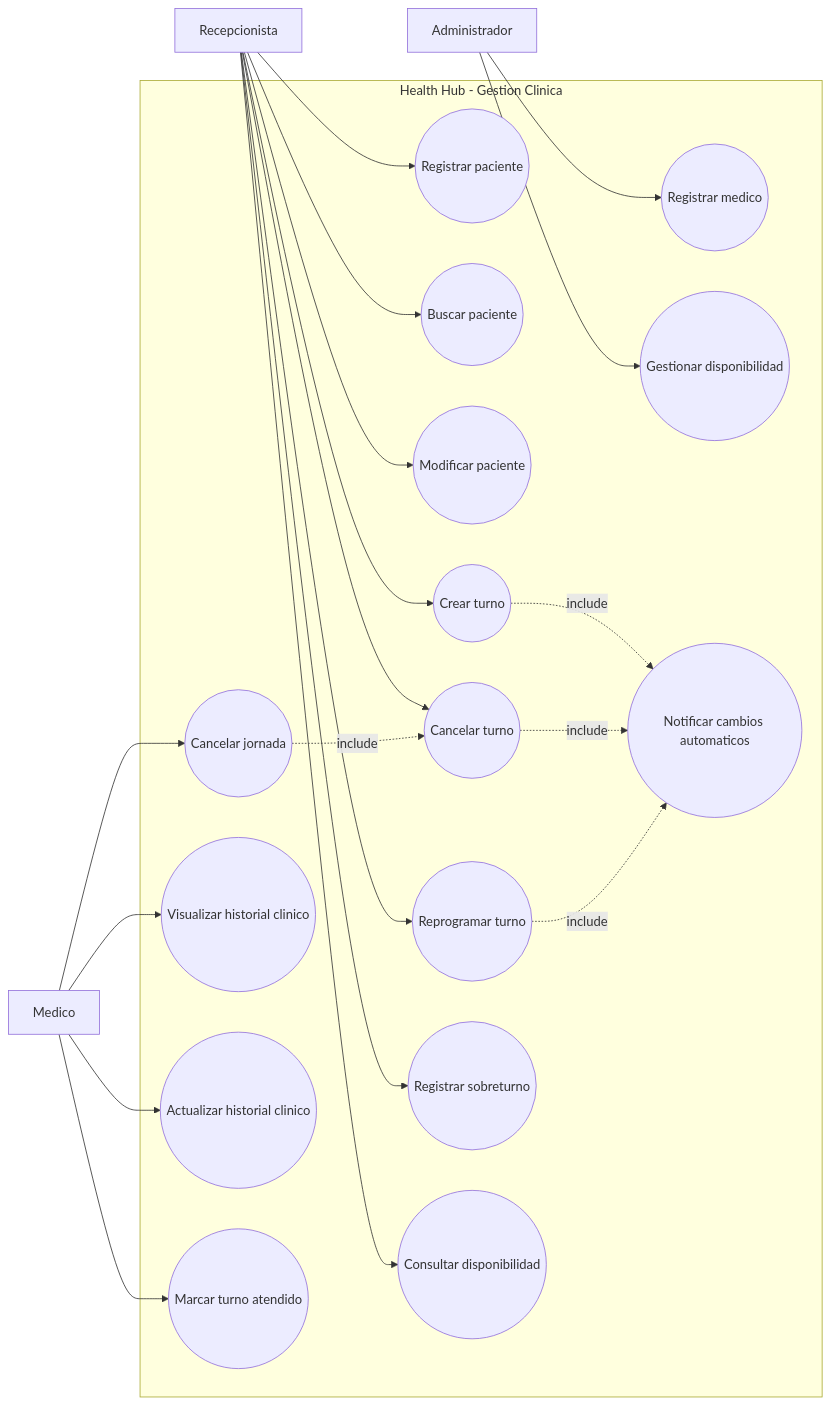
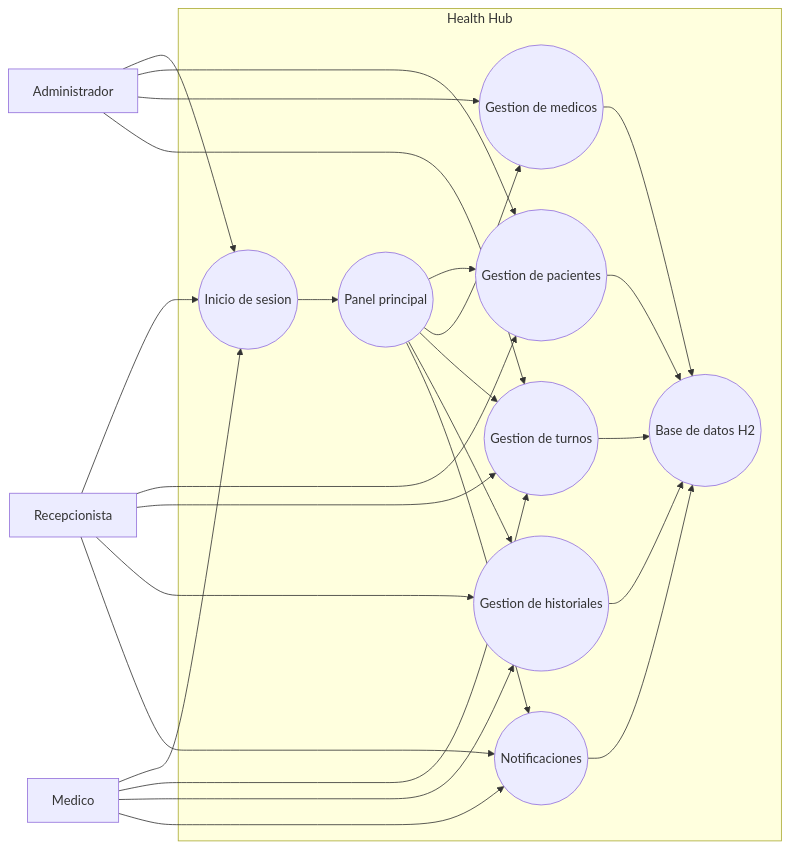
Before and after one commit to Camila-Ianni/HealthHub: the diagram in diagrams/casos-de-uso.mmd, drawn with Mermaid. The commit also changed 47 other files, not shown here.

```diff
--- a/diagrams/casos-de-uso.mmd
+++ b/diagrams/casos-de-uso.mmd
@@ -1,44 +1,45 @@
 flowchart LR
     R[Recepcionista]
     M[Medico]
     A[Administrador]
 
-    subgraph Sistema[Health Hub - Gestion Clinica]
-        UC1((Registrar paciente))
-        UC2((Buscar paciente))
-        UC3((Modificar paciente))
-        UC4((Crear turno))
-        UC5((Cancelar turno))
-        UC6((Reprogramar turno))
-        UC7((Registrar sobreturno))
-        UC8((Consultar disponibilidad))
-        UC9((Registrar medico))
-        UC10((Gestionar disponibilidad))
-        UC11((Cancelar jornada))
-        UC12((Visualizar historial clinico))
-        UC13((Actualizar historial clinico))
-        UC14((Marcar turno atendido))
-        UC15((Notificar cambios automaticos))
+    subgraph Sistema[Health Hub]
+        L((Inicio de sesion))
+        D((Panel principal))
+        P((Gestion de pacientes))
+        MD((Gestion de medicos))
+        T((Gestion de turnos))
+        H((Gestion de historiales))
+        N((Notificaciones))
+        G((Base de datos H2))
     end
 
-    R --> UC1
-    R --> UC2
-    R --> UC3
-    R --> UC4
-    R --> UC5
-    R --> UC6
-    R --> UC7
-    R --> UC8
+    R --> L
+    M --> L
+    A --> L
 
-    A --> UC9
-    A --> UC10
+    L --> D
+    D --> P
+    D --> MD
+    D --> T
+    D --> H
+    D --> N
 
-    M --> UC11
-    M --> UC12
-    M --> UC13
-    M --> UC14
+    R --> P
+    R --> T
+    R --> H
+    R --> N
 
-    UC4 -. include .-> UC15
-    UC5 -. include .-> UC15
-    UC6 -. include .-> UC15
-    UC11 -. include .-> UC5
+    A --> P
+    A --> MD
+    A --> T
+
+    M --> T
+    M --> H
+    M --> N
+
+    P --> G
+    MD --> G
+    T --> G
+    H --> G
+    N --> G
```
